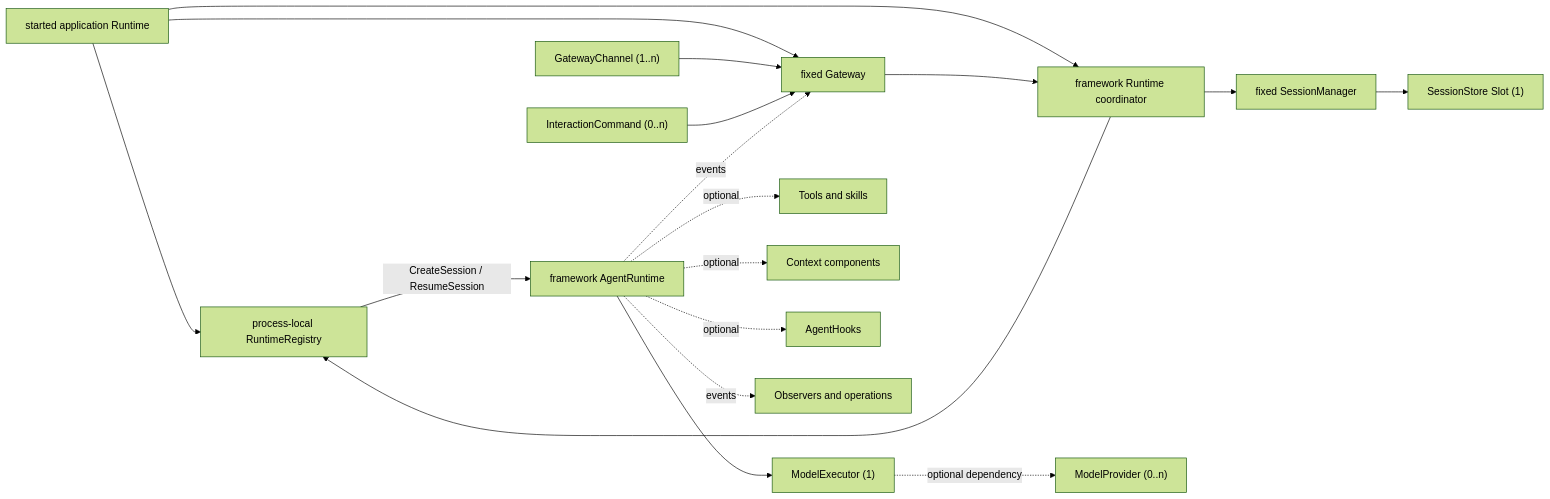
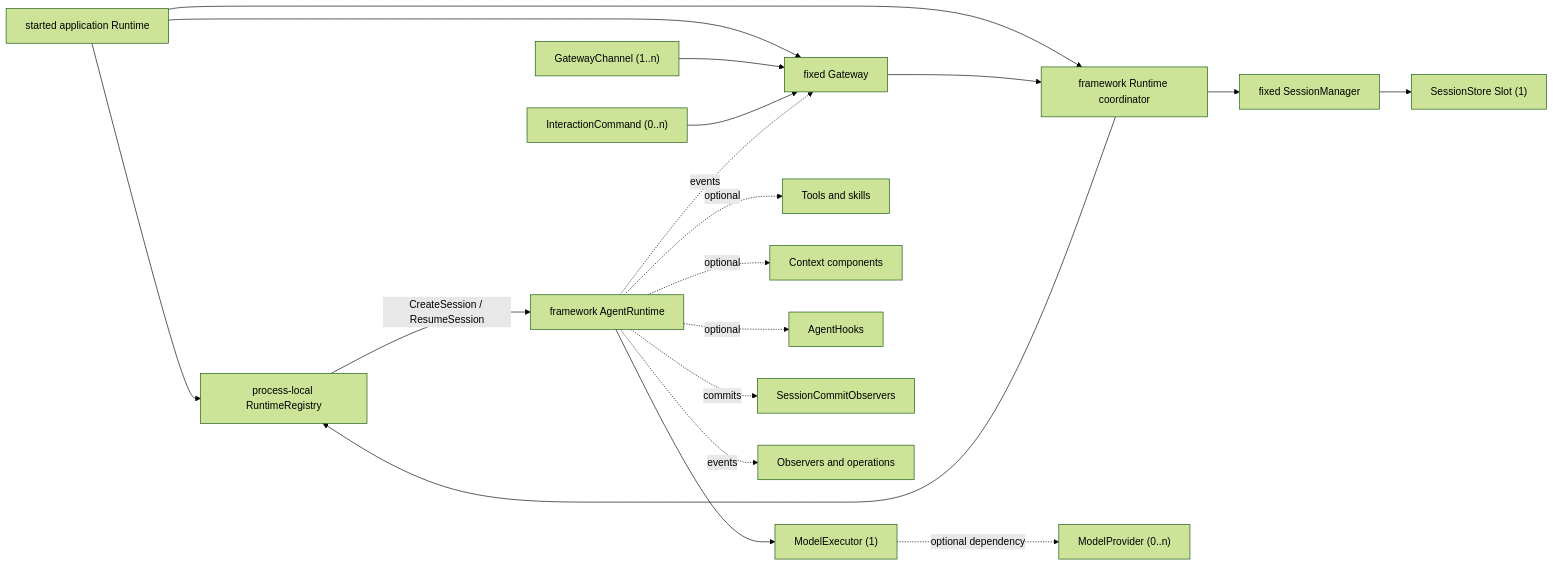
The diagram in COMPONENT_MAP.md (LyleLiu666/agentSlot), drawn with Mermaid (forest theme) before and after one commit. The commit also changed other lines of this file and 33 other files, not shown here.

Commit message:
feat: split commit observers and enforce tool allowlists

````diff
--- a/COMPONENT_MAP.md
+++ b/COMPONENT_MAP.md
@@ -101,20 +101,21 @@
 ```mermaid
 flowchart LR
     AR["started application Runtime"] --> REG["process-local RuntimeRegistry"]
     AR --> RC["framework Runtime coordinator"]
     AR --> G["fixed Gateway"]
     RC --> REG
     E["GatewayChannel (1..n)"] --> G
     IC["InteractionCommand (0..n)"] --> G
     G --> RC
     RC --> SM["fixed SessionManager"]
     SM --> SS["SessionStore Slot (1)"]
     REG -->|"CreateSession / ResumeSession"| R["framework AgentRuntime"]
     R --> ME["ModelExecutor (1)"]
     ME -. "optional dependency" .-> MP["ModelProvider (0..n)"]
     R -. "optional" .-> T["Tools and skills"]
     R -. "optional" .-> C["Context components"]
     R -. "optional" .-> H["AgentHooks"]
+    R -. "commits" .-> SCO["SessionCommitObservers"]
     R -. "events" .-> G
     R -. "events" .-> O["Observers and operations"]
 ```
````
